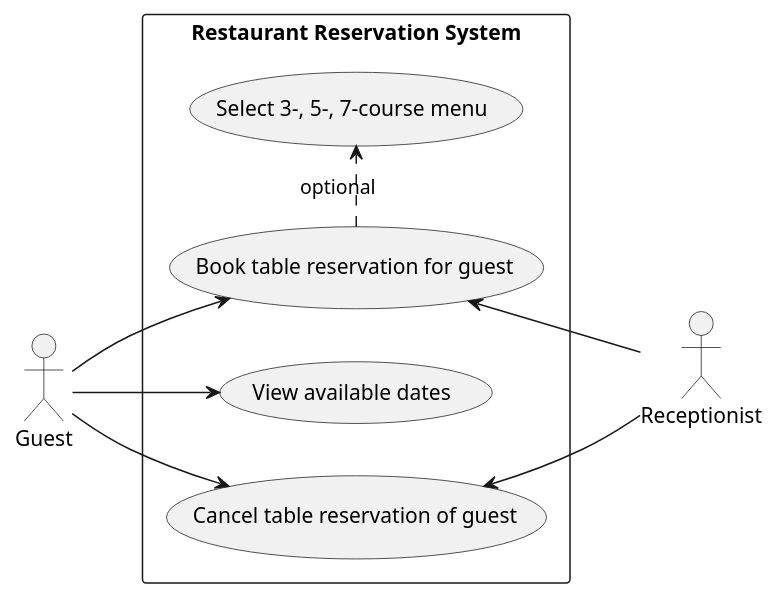
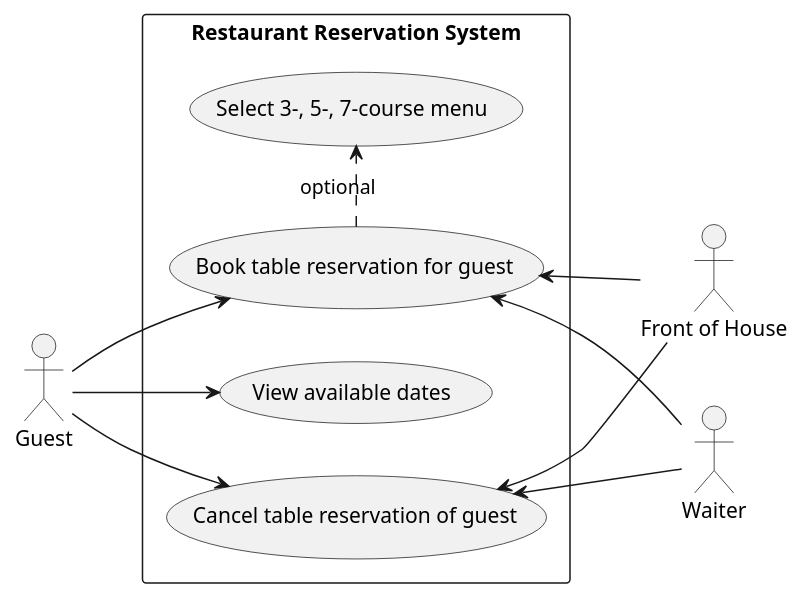
One commit to mrjink/molveno changed the diagram in src/main/docs/uml/use-case/restaurant/reservation.puml. Above: the diagram before and after it, drawn with PlantUML. The commit also changed 5 other files, not shown here.

Commit message:
Updated UML

```diff
--- a/src/main/docs/uml/use-case/restaurant/reservation.puml
+++ b/src/main/docs/uml/use-case/restaurant/reservation.puml
@@ -1,24 +1,29 @@
 @startuml
 
 left to right direction
 
-actor Receptionist
+actor "Front of House" as FoH
+actor Waiter
 actor Guest
 
 rectangle "Restaurant Reservation System" {
     (View available dates) as (TableAll)
     (Book table reservation for guest) as (TableBook)
     (Select 3-, 5-, 7-course menu) as (TableCourse)
     (Cancel table reservation of guest) as (TableCancel)
 
     Guest --> (TableAll)
     Guest --> (TableBook)
 '    Guest ..> (TableCourse) : optional
     (TableBook) .> (TableCourse) : optional
     Guest --> (TableCancel)
 
-    (TableBook) <-- Receptionist
-    (TableCancel) <-- Receptionist
+    (TableBook) <-- Waiter
+    (TableCancel) <-- Waiter
+
+    (TableBook) <-- FoH
+    (TableCancel) <-- FoH
+
 }
 
 @enduml
```
